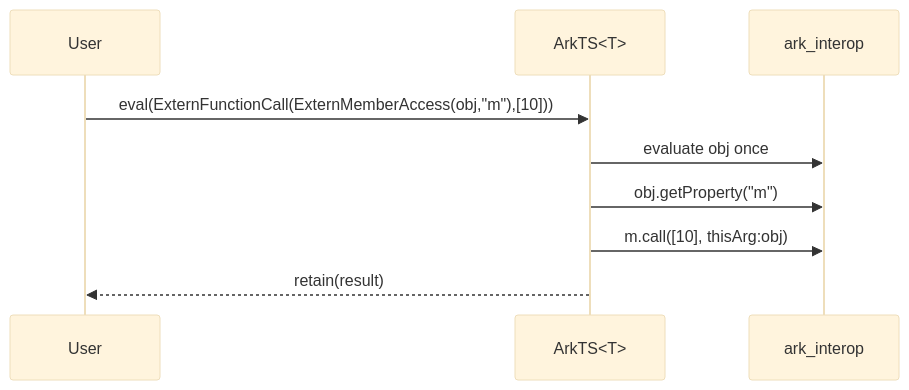
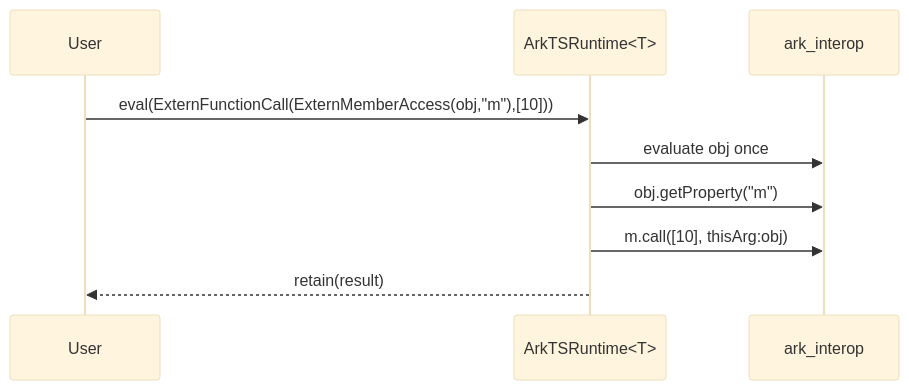
One commit to belolourenco/cangjie_interop_architecture changed the third of 3 diagrams in docs/arkts_runtime_design.md. Above: the diagram before and after it, drawn with Mermaid (base theme). The commit also changed other lines of this file, not shown here.

Commit message:
ArkTS<T> -> ArkTSRuntime<T>

````diff
--- a/docs/arkts_runtime_design.md
+++ b/docs/arkts_runtime_design.md
@@ -529,11 +529,11 @@
 ```mermaid
 sequenceDiagram
     participant U as User
-    participant A as ArkTS<T>
+    participant A as ArkTSRuntime<T>
     participant O as ark_interop
     U->>A: eval(ExternFunctionCall(ExternMemberAccess(obj,"m"),[10]))
     A->>O: evaluate obj once
     A->>O: obj.getProperty("m")
     A->>O: m.call([10], thisArg:obj)
     A-->>U: retain(result)
 ```
````
